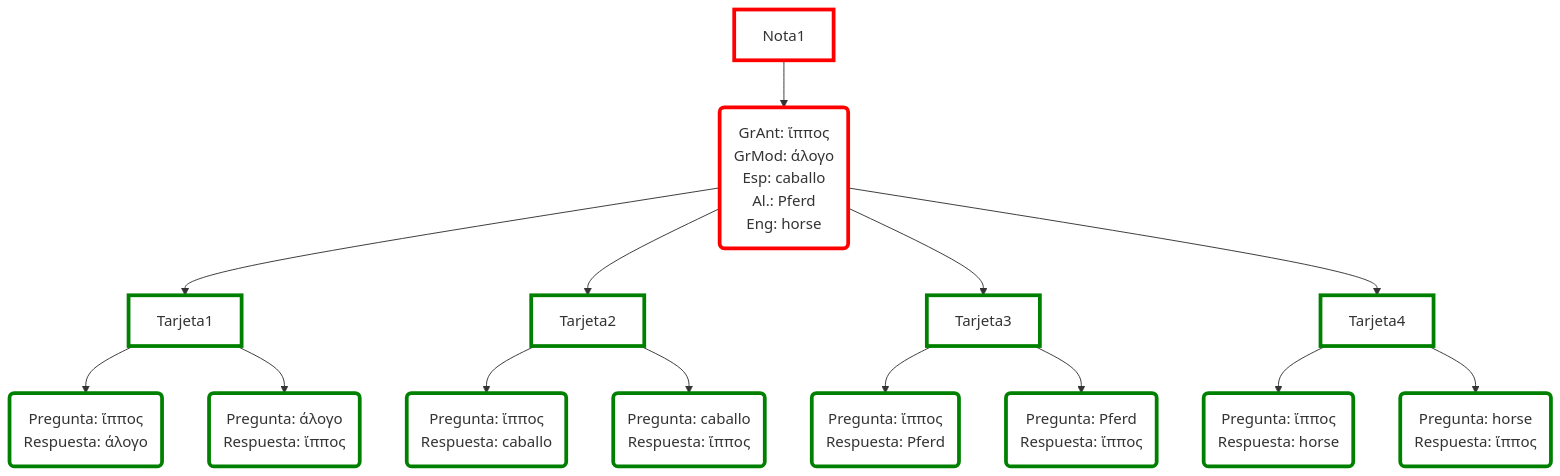
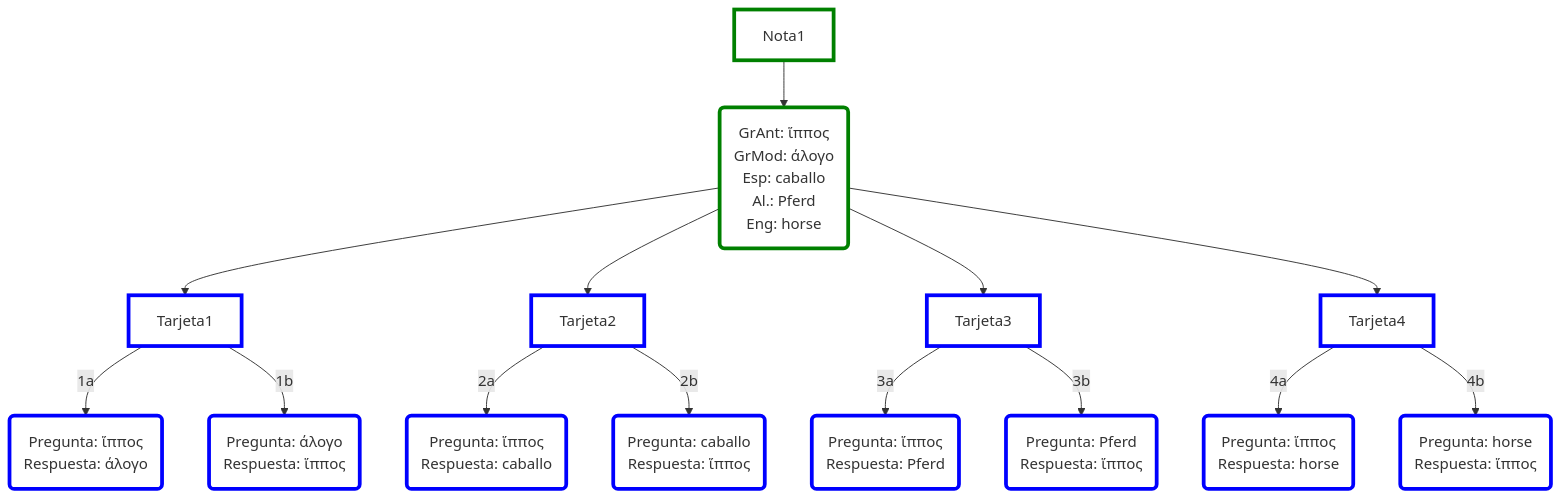
The fourth of 4 diagrams in docs/Herramientas/Anki_02.md (pajaro1966/Asignaturas), drawn with Mermaid before and after one commit. The commit also changed other lines of this file and 106 other files, not shown here.

````diff
--- a/docs/Herramientas/Anki_02.md
+++ b/docs/Herramientas/Anki_02.md
@@ -306,31 +313,31 @@
 ```mermaid
 graph TB
 Nota1-->Nota("GrAnt: ἵππος<br>GrMod: άλογο<br>Esp: caballo<br>Al.: Pferd<br>Eng: horse")
-Nota-->Tarjeta1-->Tarjeta11("Pregunta: ἵππος<br>Respuesta: άλογο")
-Tarjeta1-->Tarjeta12("Pregunta: άλογο<br>Respuesta: ἵππος")
-Nota-->Tarjeta2-->Tarjeta21("Pregunta: ἵππος<br>Respuesta: caballo")
-Tarjeta2-->Tarjeta22("Pregunta: caballo<br>Respuesta: ἵππος")
-Nota-->Tarjeta3-->Tarjeta31("Pregunta: ἵππος<br>Respuesta: Pferd")
-Tarjeta3-->Tarjeta32("Pregunta: Pferd<br>Respuesta: ἵππος")
-Nota-->Tarjeta4-->Tarjeta41("Pregunta: ἵππος<br>Respuesta: horse")
-Tarjeta4-->Tarjeta42("Pregunta: horse<br>Respuesta: ἵππος")
+Nota-->Tarjeta1-->|"1a"|Tarjeta11("Pregunta: ἵππος<br>Respuesta: άλογο")
+Tarjeta1-->|"1b"|Tarjeta12("Pregunta: άλογο<br>Respuesta: ἵππος")
+Nota-->Tarjeta2-->|"2a"|Tarjeta21("Pregunta: ἵππος<br>Respuesta: caballo")
+Tarjeta2-->|"2b"|Tarjeta22("Pregunta: caballo<br>Respuesta: ἵππος")
+Nota-->Tarjeta3-->|"3a"|Tarjeta31("Pregunta: ἵππος<br>Respuesta: Pferd")
+Tarjeta3-->|"3b"|Tarjeta32("Pregunta: Pferd<br>Respuesta: ἵππος")
+Nota-->Tarjeta4-->|"4a"|Tarjeta41("Pregunta: ἵππος<br>Respuesta: horse")
+Tarjeta4-->|"4b"|Tarjeta42("Pregunta: horse<br>Respuesta: ἵππος")
 
 Nota:::nota
 Nota1:::nota
 Tarjeta1:::tarjeta
 Tarjeta11:::tarjeta
 Tarjeta12:::tarjeta
 Tarjeta2:::tarjeta
 Tarjeta21:::tarjeta
 Tarjeta22:::tarjeta
 Tarjeta3:::tarjeta
 Tarjeta31:::tarjeta
 Tarjeta32:::tarjeta
 Tarjeta4:::tarjeta
 Tarjeta41:::tarjeta
 Tarjeta42:::tarjeta
 
-classDef nota fill:white,stroke:red,stroke-width:4px;
-classDef tarjeta fill:white,stroke:green,stroke-width:4px;
+classDef nota fill:white,stroke:green,stroke-width:4px;
+classDef tarjeta fill:white,stroke:blue,stroke-width:4px;
 
 ```
````
